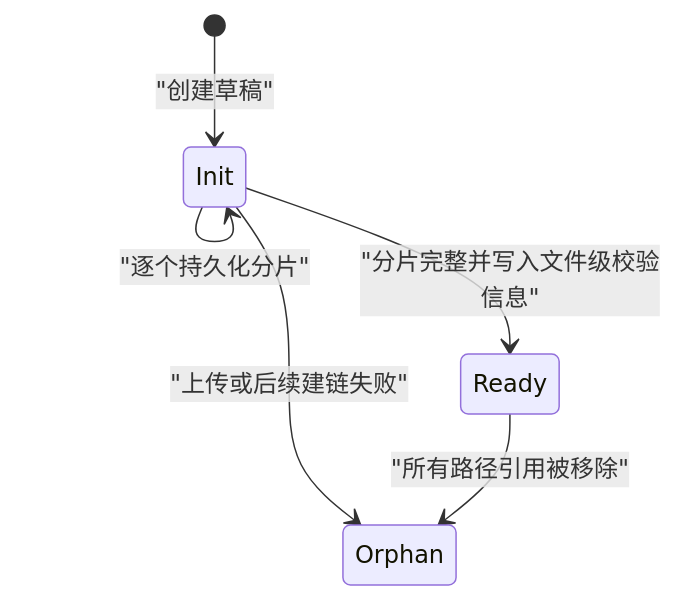
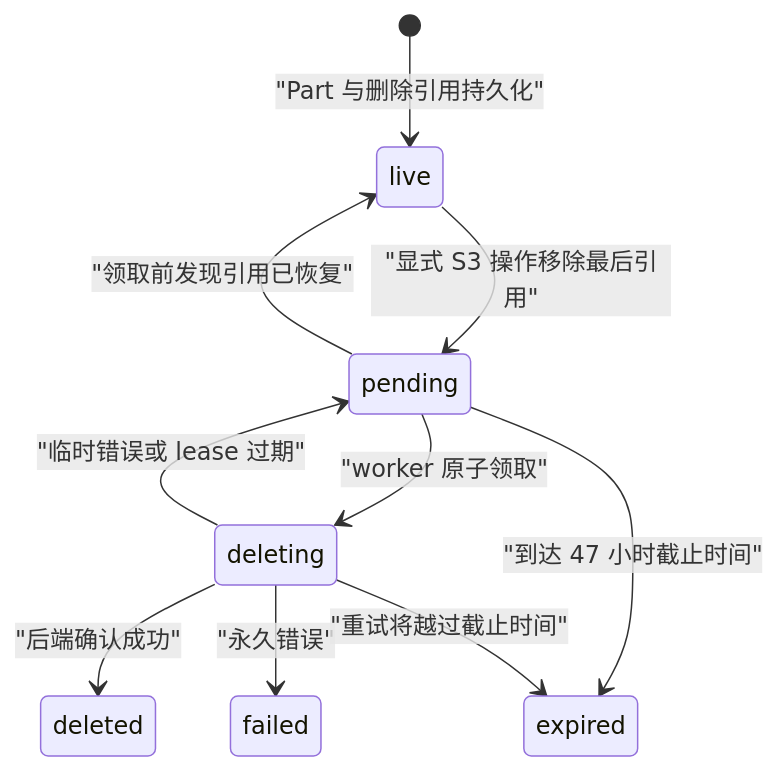
One commit to xxxsen/tgfile changed the second of 2 diagrams in docs/02-data-and-storage-model.md. Above: the diagram before and after it, drawn with Mermaid. The commit also changed other lines of this file and 59 other files, not shown here.

````diff
--- a/docs/02-data-and-storage-model.md
+++ b/docs/02-data-and-storage-model.md
@@ -105,8 +117,12 @@
 ```mermaid
 stateDiagram-v2
-    [*] --> Init: "创建草稿"
-    Init --> Init: "逐个持久化分片"
-    Init --> Ready: "分片完整并写入文件级校验信息"
-    Init --> Orphan: "上传或后续建链失败"
-    Ready --> Orphan: "所有路径引用被移除"
+    [*] --> live: "Part 与删除引用持久化"
+    live --> pending: "显式 S3 操作移除最后引用"
+    pending --> live: "领取前发现引用已恢复"
+    pending --> deleting: "worker 原子领取"
+    deleting --> pending: "临时错误或 lease 过期"
+    deleting --> deleted: "后端确认成功"
+    deleting --> failed: "永久错误"
+    pending --> expired: "到达 47 小时截止时间"
+    deleting --> expired: "重试将越过截止时间"
 ```
````
